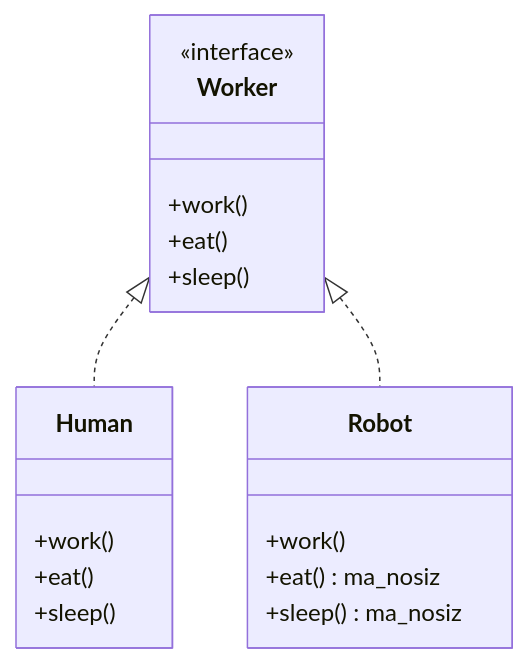
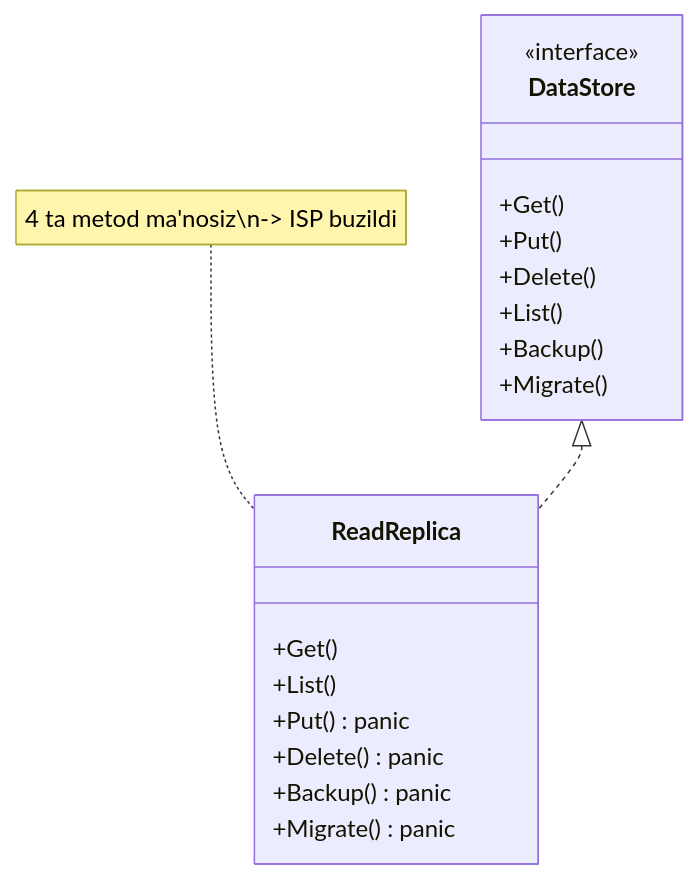
The first of 2 diagrams in Patterns/1. Design Patterns/1. S.O.L.I.D/4. I.md (Otajonoov/dev), drawn with Mermaid before and after one commit. The commit also changed other lines of this file and 377 other files, not shown here.

````diff
--- a/Patterns/1. Design Patterns/1. S.O.L.I.D/4. I.md
+++ b/Patterns/1. Design Patterns/1. S.O.L.I.D/4. I.md
@@ -81,21 +247,22 @@
 ```mermaid
 classDiagram
-    class Worker {
+    class DataStore {
         <<interface>>
-        +work()
-        +eat()
-        +sleep()
+        +Get()
+        +Put()
+        +Delete()
+        +List()
+        +Backup()
+        +Migrate()
     }
-    class Human {
-        +work()
-        +eat()
-        +sleep()
+    class ReadReplica {
+        +Get()
+        +List()
+        +Put() panic
+        +Delete() panic
+        +Backup() panic
+        +Migrate() panic
     }
-    class Robot {
-        +work()
-        +eat() ma_nosiz
-        +sleep() ma_nosiz
-    }
-    Worker <|.. Human
-    Worker <|.. Robot
+    DataStore <|.. ReadReplica
+    note for ReadReplica "4 ta metod ma'nosiz\n-> ISP buzildi"
 ```
````
